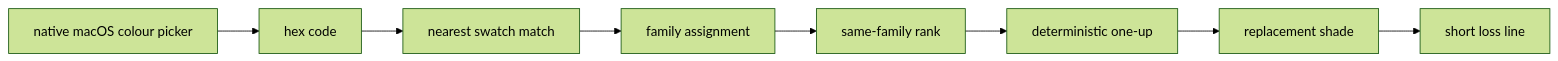
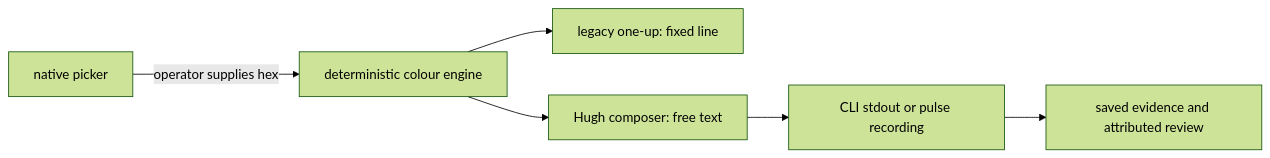
The first of 3 diagrams in docs/runtime/ARCHITECTURE.md (tryskian/huemiliator), drawn with Mermaid (forest theme) before and after one commit. The commit also changed other lines of this file and 27 other files, not shown here.

First line of the commit message:
feat: connect Hugh behaviour pulses with attributed feedback (#175)

````diff
--- a/docs/runtime/ARCHITECTURE.md
+++ b/docs/runtime/ARCHITECTURE.md
@@ -27,13 +27,8 @@
 ```mermaid
 flowchart LR
-  A["native macOS colour picker"]
-  B["hex code"]
-  C["nearest swatch match"]
-  D["family assignment"]
-  E["same-family rank"]
-  F["deterministic one-up"]
-  G["replacement shade"]
-  H["short loss line"]
-
-  A --> B --> C --> D --> E --> F --> G --> H
+  A["native picker"] -->|"operator supplies hex"| B["deterministic colour engine"]
+  B --> C["legacy one-up: fixed line"]
+  B --> D["Hugh composer: free text"]
+  D --> E["CLI stdout or pulse recording"]
+  E --> F["saved evidence and attributed review"]
 ```
````
